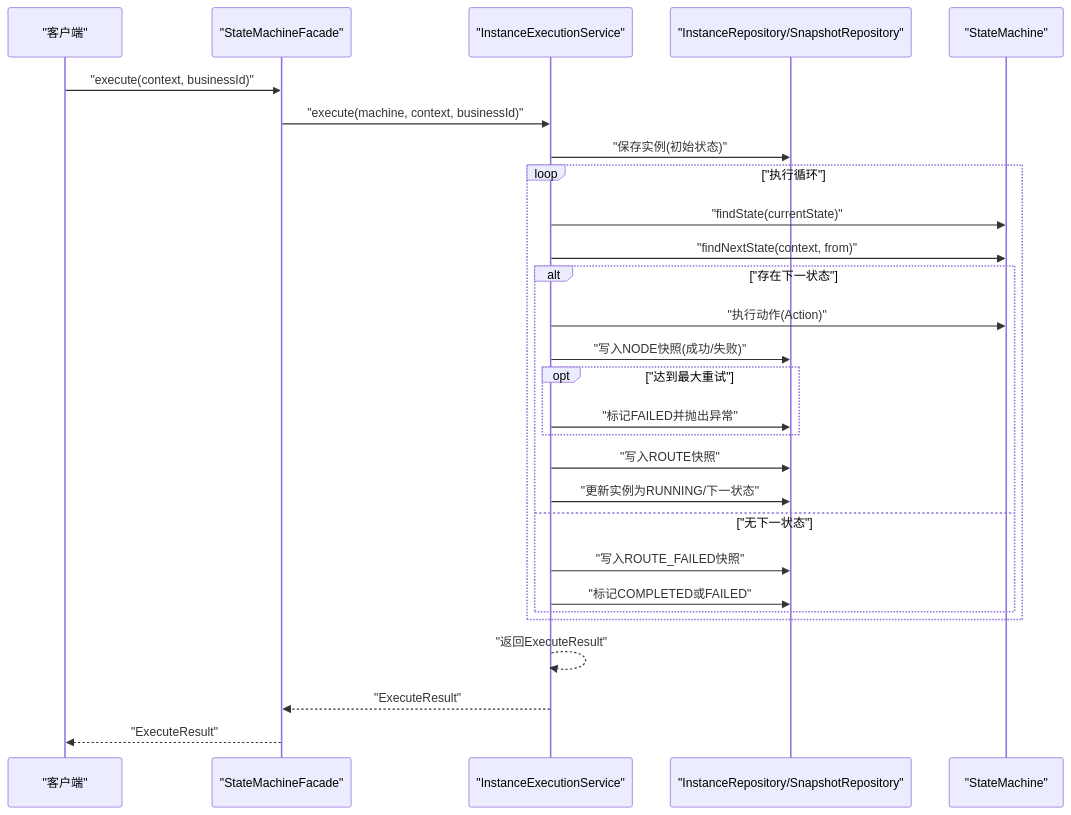
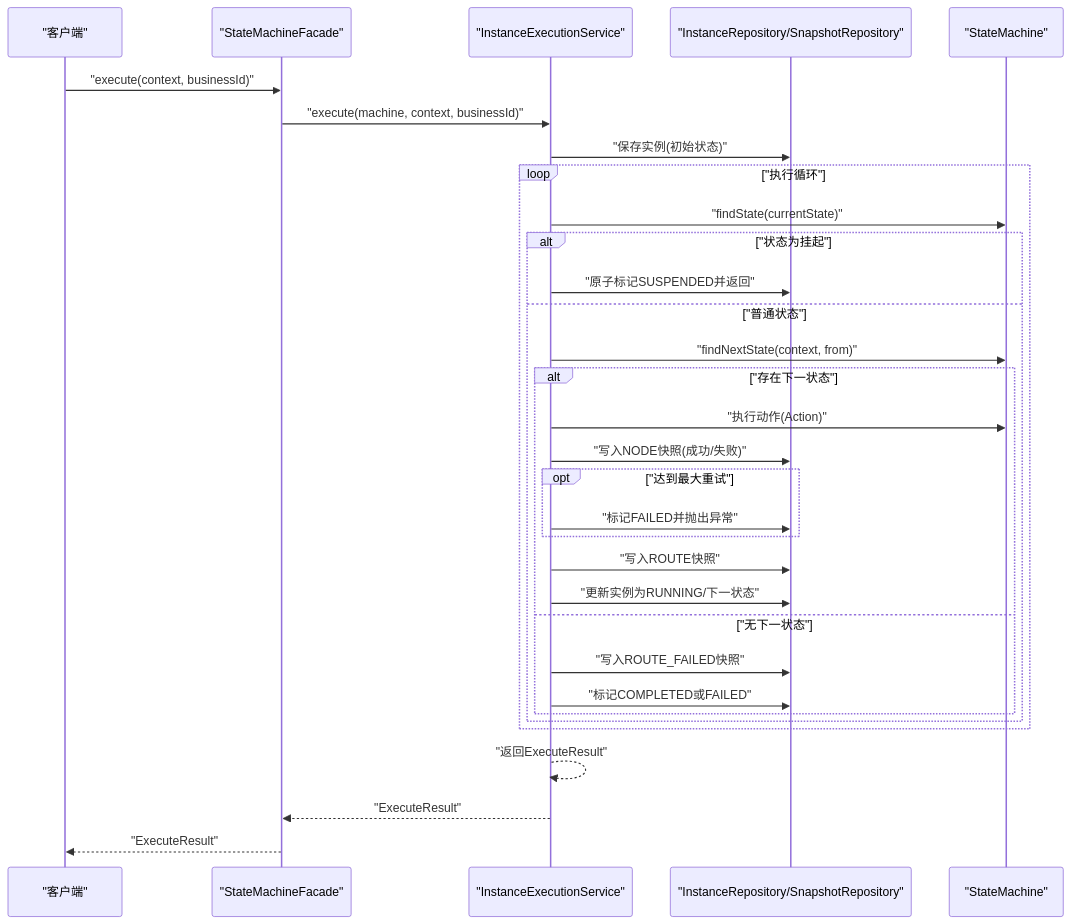
Before and after one commit to xiaoche80s-tech/state-machine-parent: the second of 6 diagrams in .qoder/repowiki/zh/content/执行引擎/执行引擎.md, drawn with Mermaid. The commit also changed other lines of this file and 17 other files, not shown here.

````diff
--- a/.qoder/repowiki/zh/content/执行引擎/执行引擎.md
+++ b/.qoder/repowiki/zh/content/执行引擎/执行引擎.md
@@ -124,30 +144,34 @@
 ```mermaid
 sequenceDiagram
 participant Client as "客户端"
 participant Facade as "StateMachineFacade"
 participant Svc as "InstanceExecutionService"
 participant Repo as "InstanceRepository/SnapshotRepository"
 participant SM as "StateMachine"
 Client->>Facade : "execute(context, businessId)"
 Facade->>Svc : "execute(machine, context, businessId)"
 Svc->>Repo : "保存实例(初始状态)"
 loop "执行循环"
 Svc->>SM : "findState(currentState)"
+alt "状态为挂起"
+Svc->>Repo : "原子标记SUSPENDED并返回"
+else "普通状态"
 Svc->>SM : "findNextState(context, from)"
 alt "存在下一状态"
 Svc->>SM : "执行动作(Action)"
 Svc->>Repo : "写入NODE快照(成功/失败)"
 opt "达到最大重试"
 Svc->>Repo : "标记FAILED并抛出异常"
 end
 Svc->>Repo : "写入ROUTE快照"
 Svc->>Repo : "更新实例为RUNNING/下一状态"
 else "无下一状态"
 Svc->>Repo : "写入ROUTE_FAILED快照"
 Svc->>Repo : "标记COMPLETED或FAILED"
 end
 end
+end
 Svc-->>Svc : "返回ExecuteResult"
 Svc-->>Facade : "ExecuteResult"
 Facade-->>Client : "ExecuteResult"
 ```
````
